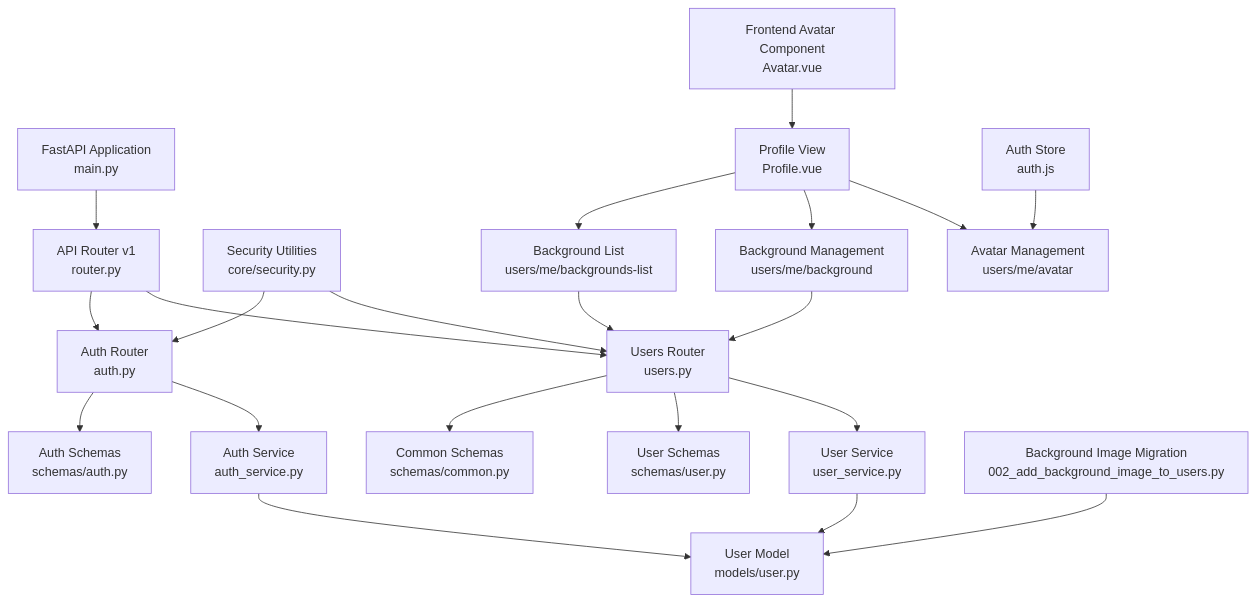
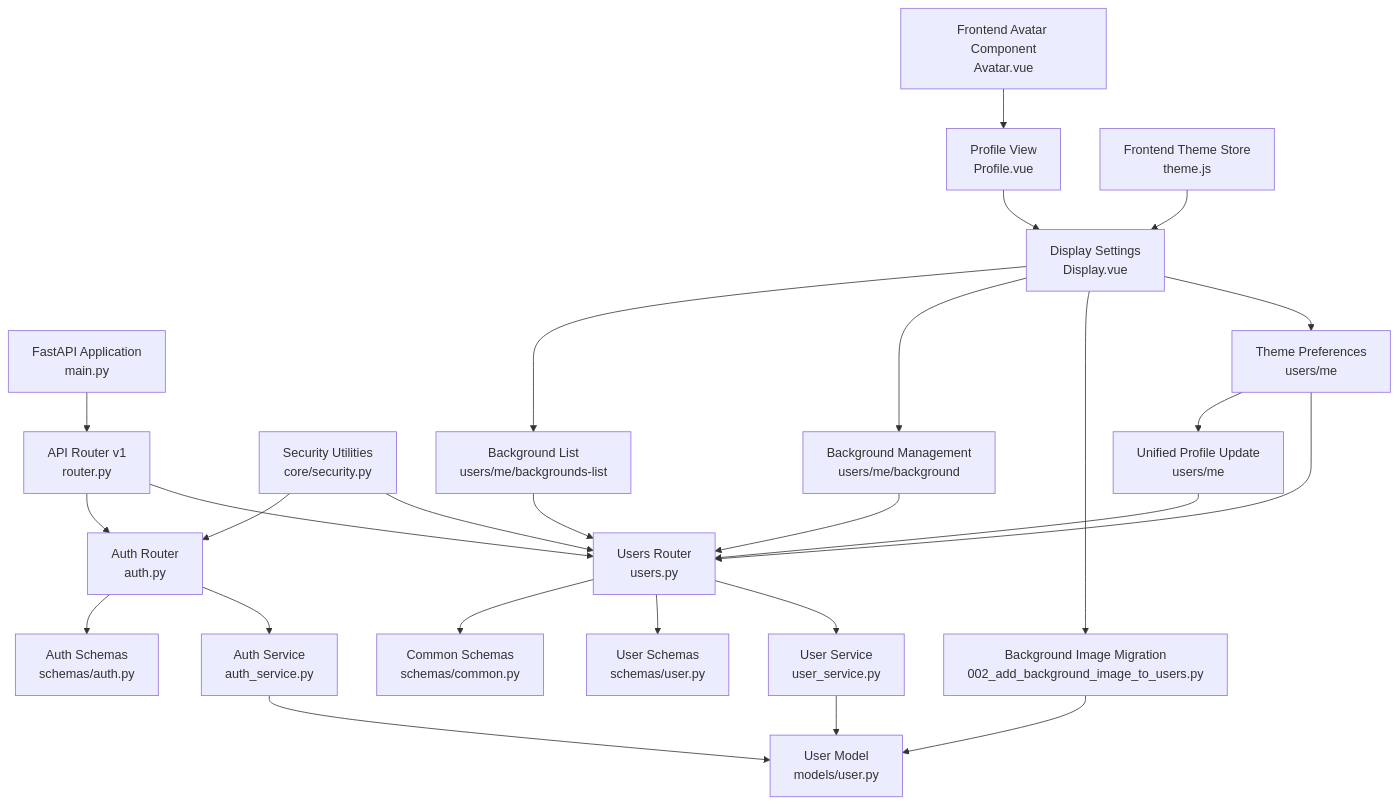
Before and after one commit to Nikita5543/New-SSO-02: the first of 6 diagrams in .qoder/repowiki/en/content/Core API Reference/User Management Endpoints.md, drawn with Mermaid. The commit also changed other lines of this file and 3 other files, not shown here.

First line of the commit message:
feat(user): add unified profile update with theme and background support

````diff
--- a/.qoder/repowiki/en/content/Core API Reference/User Management Endpoints.md
+++ b/.qoder/repowiki/en/content/Core API Reference/User Management Endpoints.md
@@ -53,23 +55,28 @@
 ```mermaid
 graph TB
 A["FastAPI Application<br/>main.py"] --> B["API Router v1<br/>router.py"]
 B --> C["Users Router<br/>users.py"]
 B --> D["Auth Router<br/>auth.py"]
 C --> E["User Service<br/>user_service.py"]
 D --> F["Auth Service<br/>auth_service.py"]
 E --> G["User Model<br/>models/user.py"]
 F --> G
 C --> H["User Schemas<br/>schemas/user.py"]
 D --> I["Auth Schemas<br/>schemas/auth.py"]
 C --> J["Common Schemas<br/>schemas/common.py"]
 K["Security Utilities<br/>core/security.py"] --> C
 K --> D
 L["Frontend Avatar Component<br/>Avatar.vue"] --> M["Profile View<br/>Profile.vue"]
-N["Auth Store<br/>auth.js"] --> O["Avatar Management<br/>users/me/avatar"]
-P["Background Image Migration<br/>002_add_background_image_to_users.py"] --> G
-Q["Background Management<br/>users/me/background"] --> C
-R["Background List<br/>users/me/backgrounds-list"] --> C
+N["Frontend Theme Store<br/>theme.js"] --> O["Display Settings<br/>Display.vue"]
+P["Theme Preferences<br/>users/me"] --> C
+Q["Background Image Migration<br/>002_add_background_image_to_users.py"] --> G
+R["Background Management<br/>users/me/background"] --> C
+S["Background List<br/>users/me/backgrounds-list"] --> C
+T["Unified Profile Update<br/>users/me"] --> C
 M --> O
-M --> Q
-M --> R
+O --> P
+O --> Q
+O --> R
+O --> S
+P --> T
 ```
````
